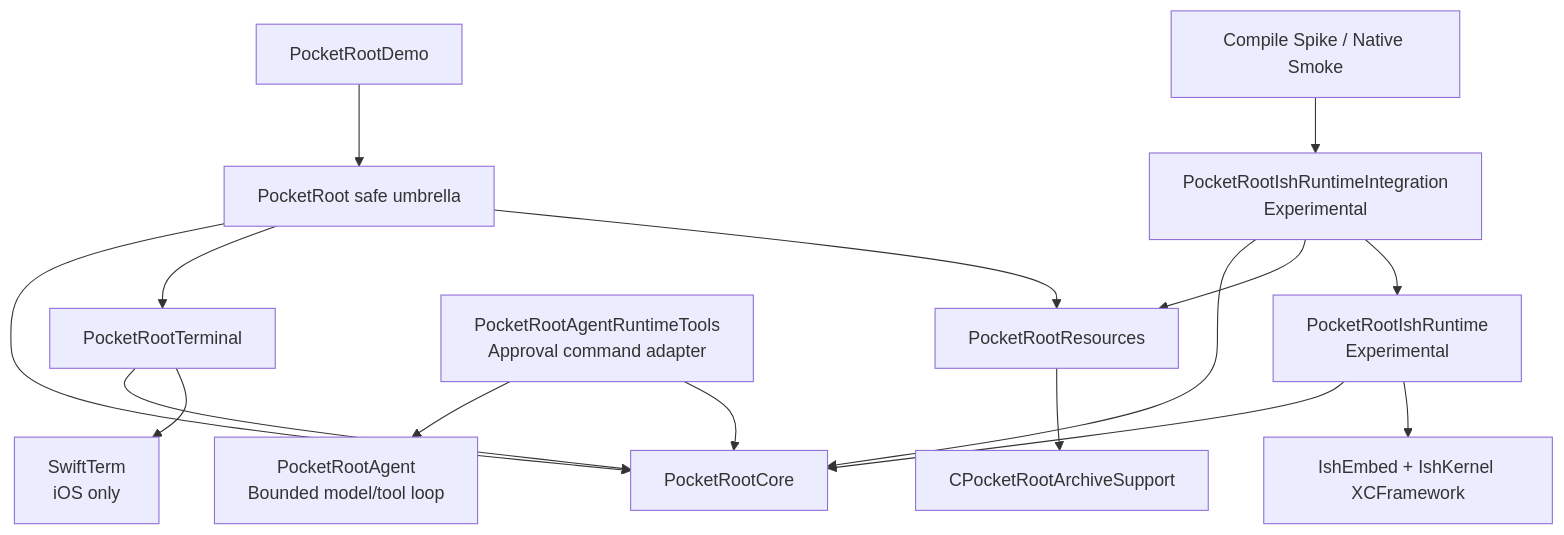
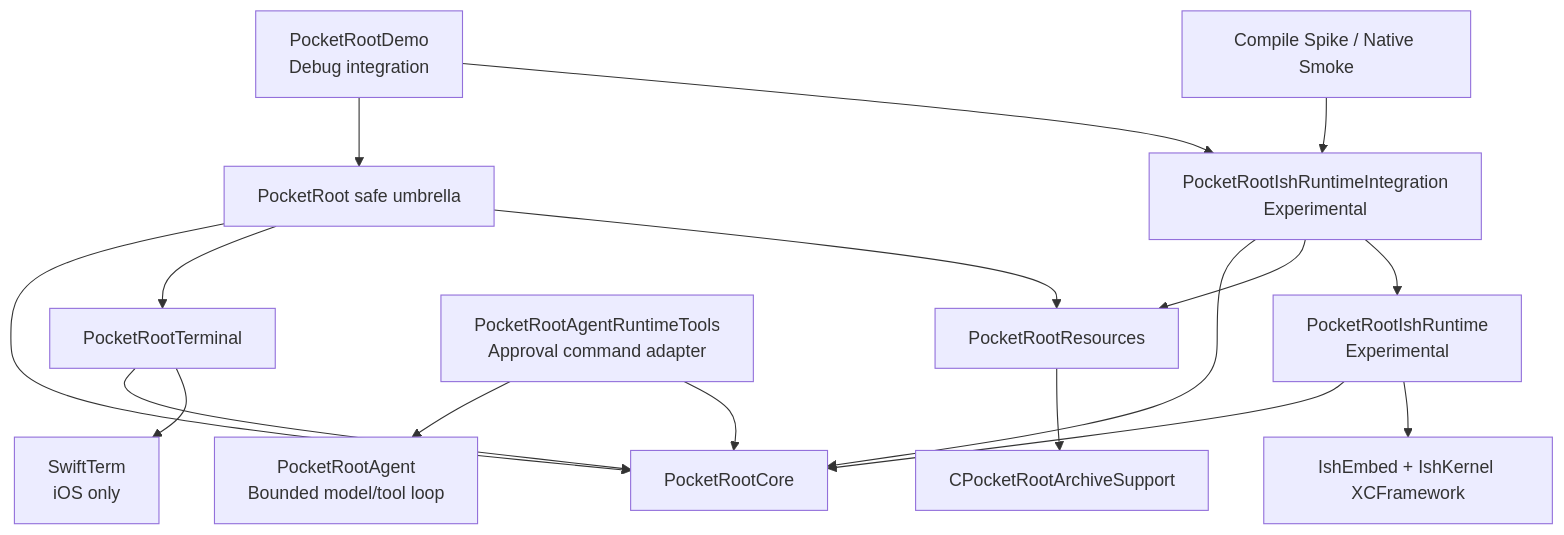
Before and after one commit to jacklv-coder/PocketRoot: the first of 3 diagrams in Docs/en/Architecture.md, drawn with Mermaid. The commit also changed other lines of this file and 38 other files, not shown here.

````diff
--- a/Docs/en/Architecture.md
+++ b/Docs/en/Architecture.md
@@ -26,19 +26,20 @@
 ```mermaid
 flowchart TB
-    Demo["PocketRootDemo"] --> Umbrella["PocketRoot safe umbrella"]
+    Demo["PocketRootDemo<br/>Debug integration"] --> Umbrella["PocketRoot safe umbrella"]
+    Demo --> Integration
     Umbrella --> Core["PocketRootCore"]
     Umbrella --> Terminal["PocketRootTerminal"]
     Umbrella --> Resources["PocketRootResources"]
     Terminal --> Core
     Terminal --> SwiftTerm["SwiftTerm<br/>iOS only"]
     Resources --> Archive["CPocketRootArchiveSupport"]
     Agent["PocketRootAgent<br/>Bounded model/tool loop"]
     AgentTools["PocketRootAgentRuntimeTools<br/>Approval command adapter"] --> Agent
     AgentTools --> Core
     Integration["PocketRootIshRuntimeIntegration<br/>Experimental"] --> Core
     Integration --> Resources
     Integration --> Runtime["PocketRootIshRuntime<br/>Experimental"]
     Runtime --> Core
     Runtime --> IshEmbed["IshEmbed + IshKernel XCFramework"]
     Smoke["Compile Spike / Native Smoke"] --> Integration
 ```
````
